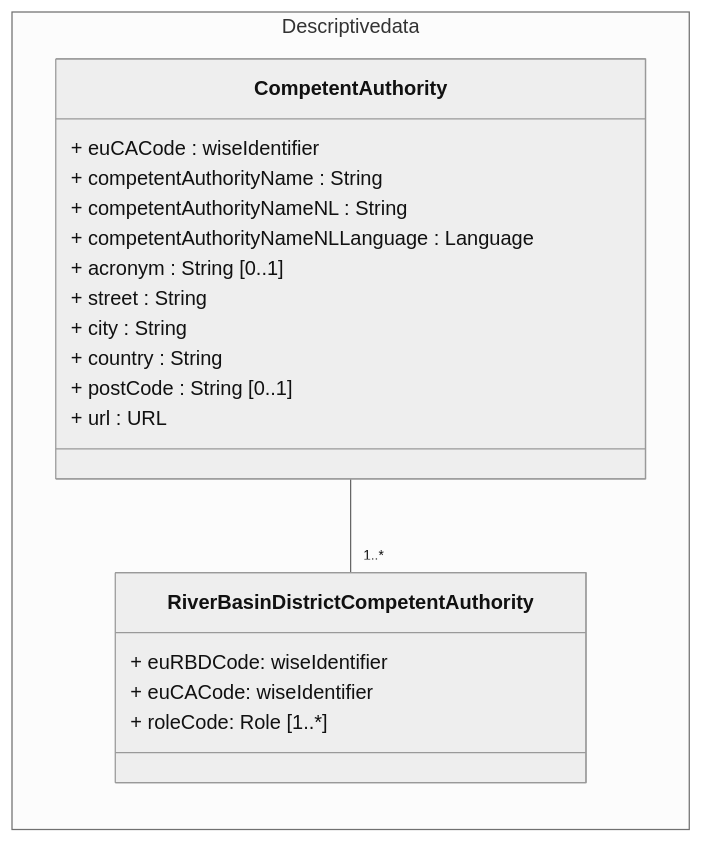
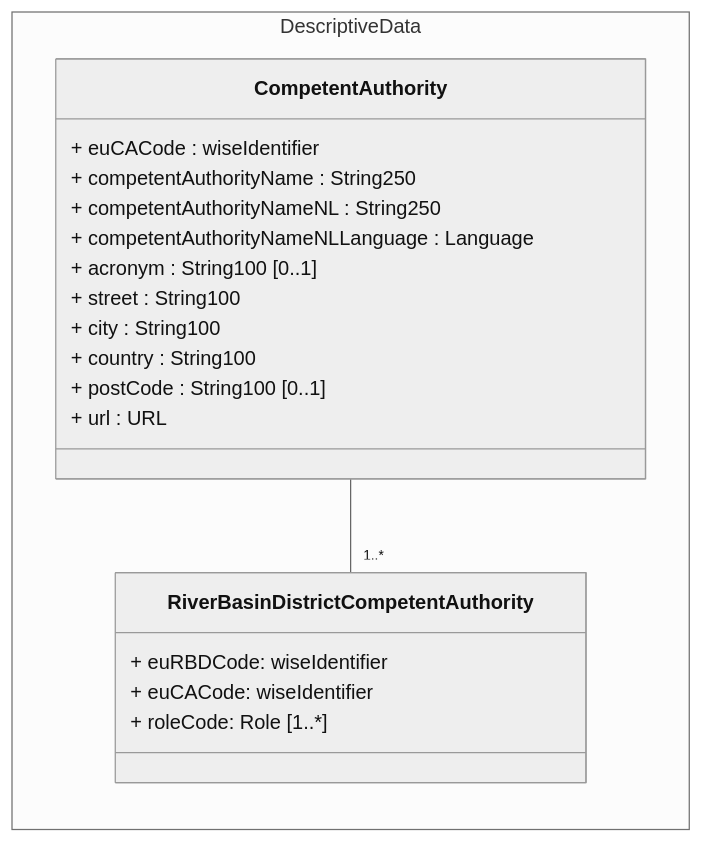
Before and after one commit to eeadata/WISE.WFD.Documentation: the second of 4 diagrams in docs/DataModelReview/WFDRiverBasinDistrictsAndCompetentAuthorities.md, drawn with Mermaid. The commit also changed other lines of this file and 2 other files, not shown here.

Commit message:
Revised WFD - River Basin Districts And Competent Authorities

````diff
--- a/docs/DataModelReview/WFDRiverBasinDistrictsAndCompetentAuthorities.md
+++ b/docs/DataModelReview/WFDRiverBasinDistrictsAndCompetentAuthorities.md
@@ -225,29 +94,29 @@
 ```{mermaid}
 :name: RBDCA_4thCycle_Descriptive
 :caption:  River Basin Districts and Competent Authorities - 4ᵗʰ cycle - Descriptive Data
 :align: center
 :zoom:
 %%{init: {'theme': 'neutral'}}%%
 classDiagram
 direction LR
-namespace Descriptivedata {
+namespace DescriptiveData {
 class CompetentAuthority {
 + euCACode : wiseIdentifier
-+ competentAuthorityName : String
-+ competentAuthorityNameNL : String
++ competentAuthorityName : String250
++ competentAuthorityNameNL : String250
 + competentAuthorityNameNLLanguage : Language
-+ acronym : String [0..1]
-+ street : String
-+ city : String
-+ country : String
-+ postCode : String [0..1]
++ acronym : String100 [0..1]
++ street : String100
++ city : String100
++ country : String100
++ postCode : String100 [0..1]
 + url : URL
 }
 class RiverBasinDistrictCompetentAuthority {
 + euRBDCode: wiseIdentifier
 + euCACode: wiseIdentifier
 + roleCode: Role [1..*]
 }
 }
 CompetentAuthority -- "1..*" RiverBasinDistrictCompetentAuthority
 ```
````
